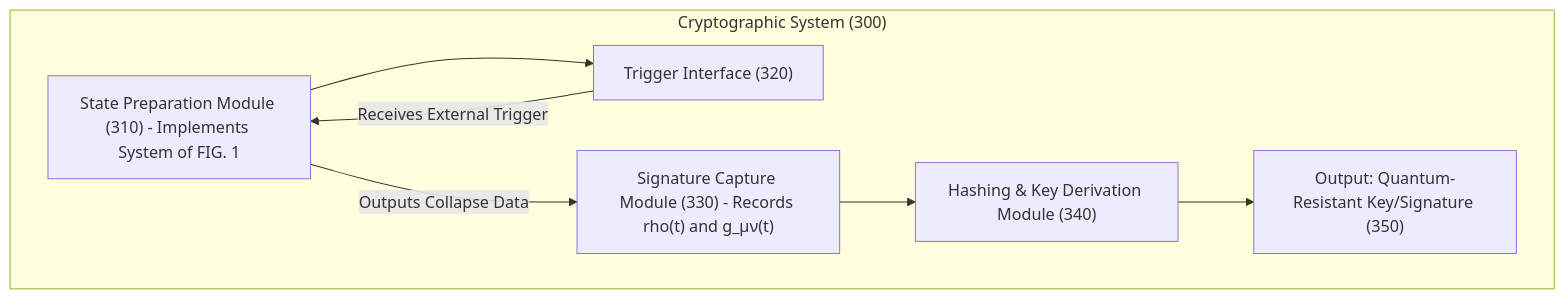
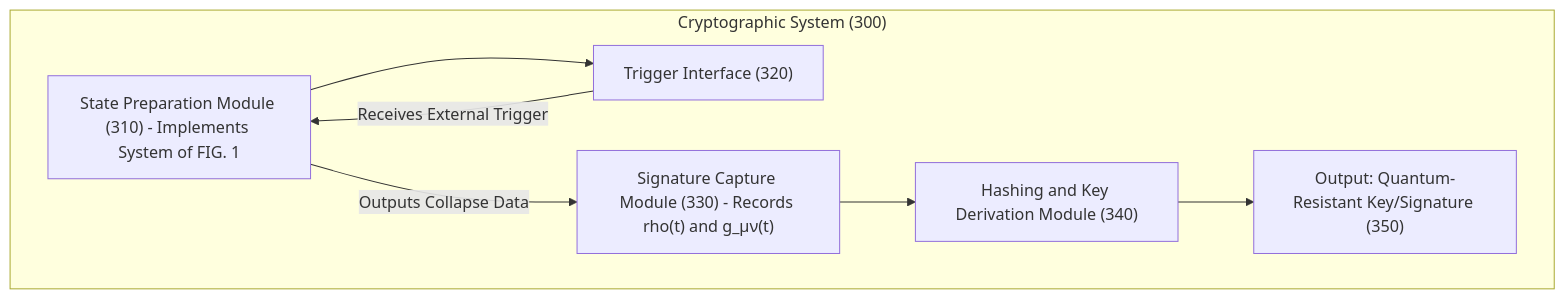
One commit to Foundup/Foundups-Agent changed diagram 13 of 13 in WSP_knowledge/docs/Papers/Patent_Series/04_rESP_Patent_Updated.md. Above: the diagram before and after it, drawn with Mermaid. The commit also changed other lines of this file, not shown here.

Commit message:
WSP 20: Fix FIG. 1 ampersand parsing error - Replace all & with 'and' and wrap operators in quotes - FIG. 1: '^' and '#' now properly quoted - FIG. 9: Frequency and Time-Domain - FIG. 13: Hashing and Key Derivation - All ampersands causing Mermaid parsing errors resolved

````diff
--- a/WSP_knowledge/docs/Papers/Patent_Series/04_rESP_Patent_Updated.md
+++ b/WSP_knowledge/docs/Papers/Patent_Series/04_rESP_Patent_Updated.md
@@ -338,10 +338,10 @@
 ```mermaid
 graph TD
     subgraph "Cryptographic System (300)"
         A["State Preparation Module (310) - Implements System of FIG. 1"] --> B["Trigger Interface (320)"]
         B -- "Receives External Trigger" --> A
         A -- "Outputs Collapse Data" --> C["Signature Capture Module (330) - Records rho(t) and g_μν(t)"]
-        C --> D["Hashing & Key Derivation Module (340)"]
+        C --> D["Hashing and Key Derivation Module (340)"]
         D --> E["Output: Quantum-Resistant Key/Signature (350)"]
     end
 ```
````
